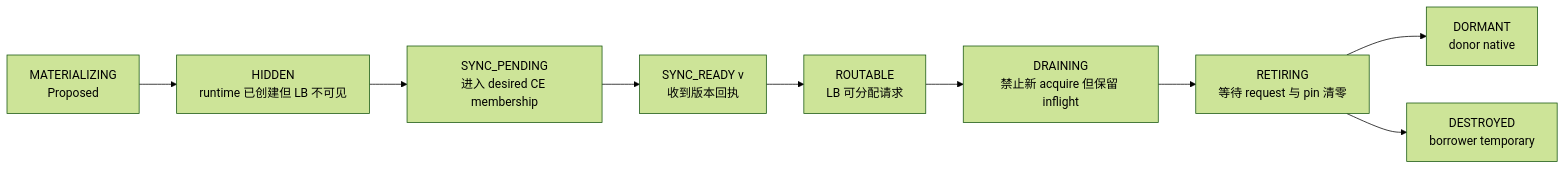
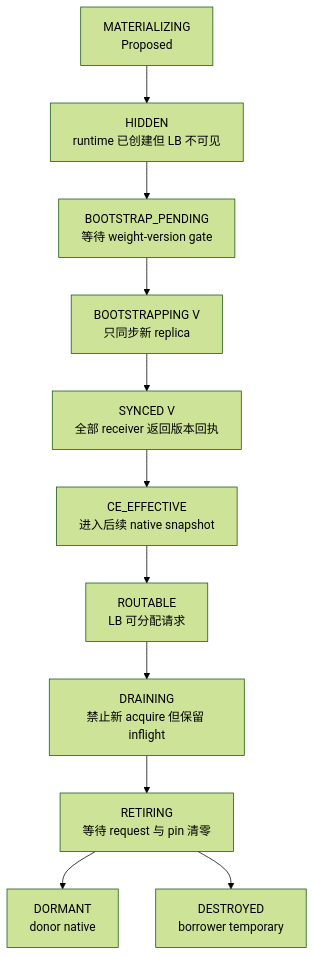
Before and after one commit to niuypei/multi_task_verl: the first of 8 diagrams in multi_task_scheduler/references/17-verl-v0.9-dynamic-replica-scaling-timing-and-mutual-exclusion.md, drawn with Mermaid (forest theme). The commit also changed other lines of this file and 2 other files, not shown here.

Commit message:
docs: separate replica bootstrap from native sync

````diff
--- a/multi_task_scheduler/references/17-verl-v0.9-dynamic-replica-scaling-timing-and-mutual-exclusion.md
+++ b/multi_task_scheduler/references/17-verl-v0.9-dynamic-replica-scaling-timing-and-mutual-exclusion.md
@@ -100,11 +118,13 @@
 ```mermaid
-flowchart LR
+flowchart TB
     Materializing["MATERIALIZING<br/>Proposed"] --> Hidden["HIDDEN<br/>runtime 已创建但 LB 不可见"]
-    Hidden --> SyncPending["SYNC_PENDING<br/>进入 desired CE membership"]
-    SyncPending --> SyncReady["SYNC_READY v<br/>收到版本回执"]
-    SyncReady --> Routable["ROUTABLE<br/>LB 可分配请求"]
+    Hidden --> BootstrapPending["BOOTSTRAP_PENDING<br/>等待 weight-version gate"]
+    BootstrapPending --> Bootstrapping["BOOTSTRAPPING V<br/>只同步新 replica"]
+    Bootstrapping --> Synced["SYNCED V<br/>全部 receiver 返回版本回执"]
+    Synced --> Effective["CE_EFFECTIVE<br/>进入后续 native snapshot"]
+    Effective --> Routable["ROUTABLE<br/>LB 可分配请求"]
     Routable --> Draining["DRAINING<br/>禁止新 acquire 但保留 inflight"]
     Draining --> Retiring["RETIRING<br/>等待 request 与 pin 清零"]
     Retiring --> Dormant["DORMANT<br/>donor native"]
     Retiring --> Destroyed["DESTROYED<br/>borrower temporary"]
 ```
````
